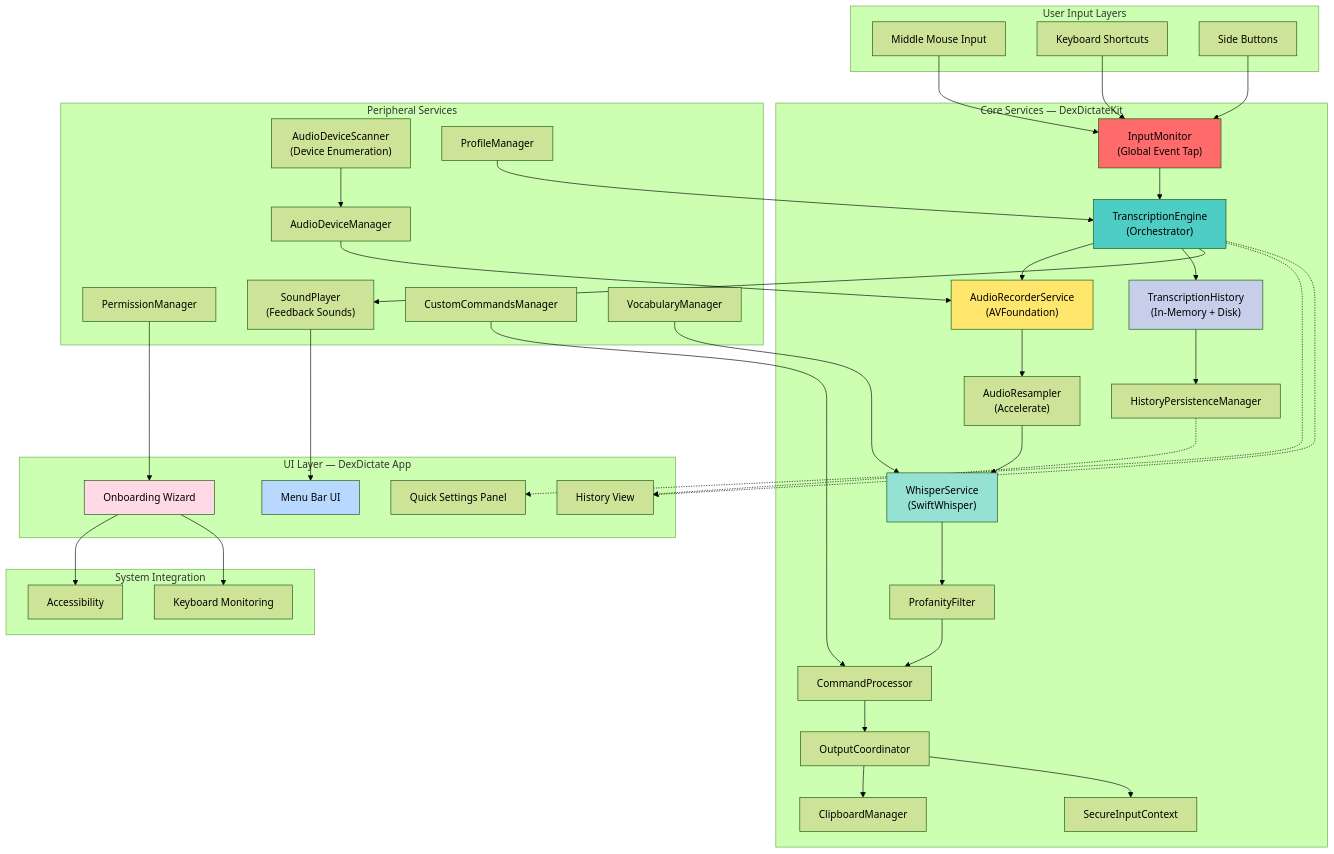
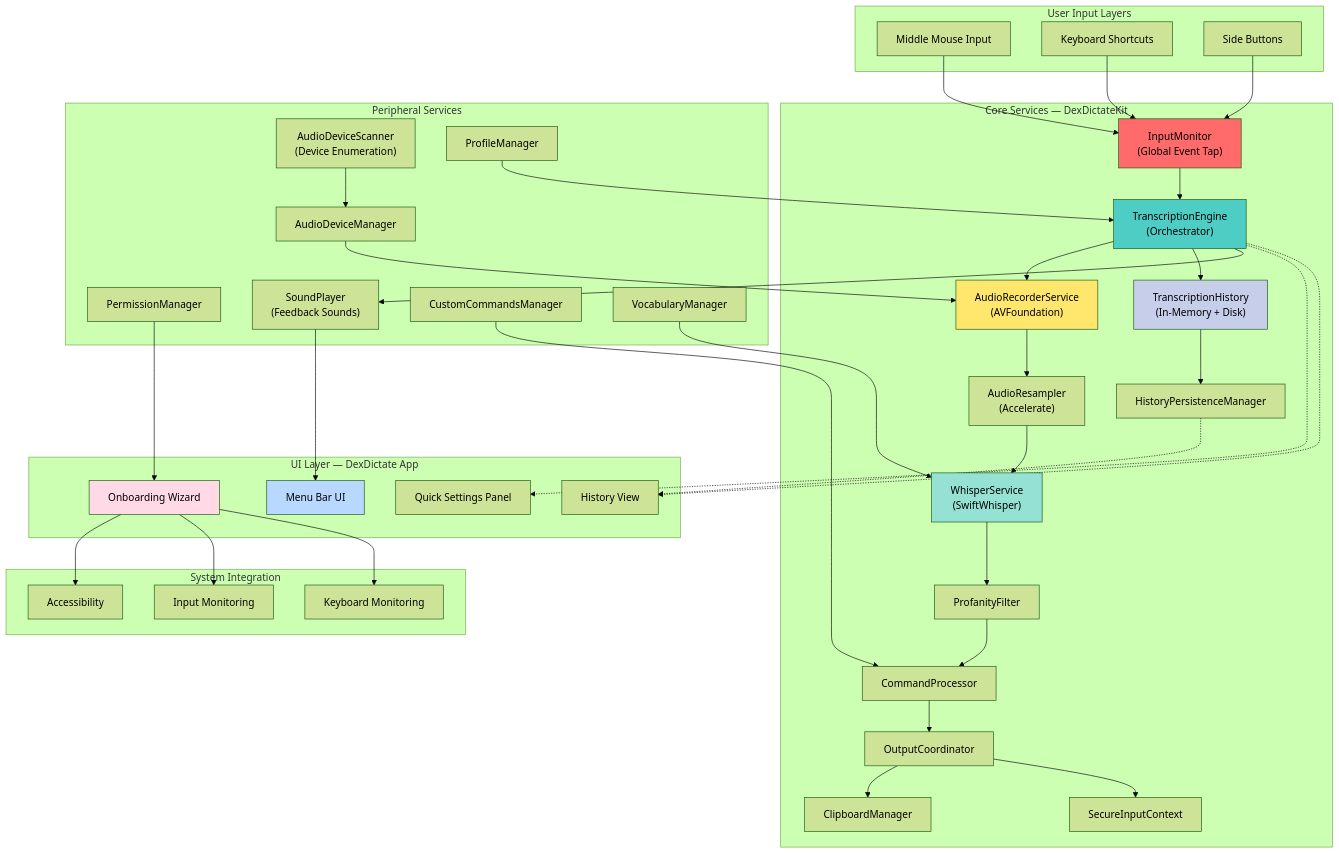
The diagram in BIBLE.md (westkitty/DexDictate_MacOS), drawn with Mermaid (forest theme) before and after one commit. The commit also changed other lines of this file, not shown here.

```diff
--- a/BIBLE.md
+++ b/BIBLE.md
@@ -145,6 +145,7 @@
 
     subgraph "System Integration"
         AC["Accessibility"]
+        IM_MONITOR["Input Monitoring"]
         KB_MON["Keyboard Monitoring"]
     end
 
@@ -178,6 +179,7 @@
     SPL --> MB_UI
     PM --> ONBRD
     ONBRD --> AC
+    ONBRD --> IM_MONITOR
     ONBRD --> KB_MON
 
     %% Orchestration
```
